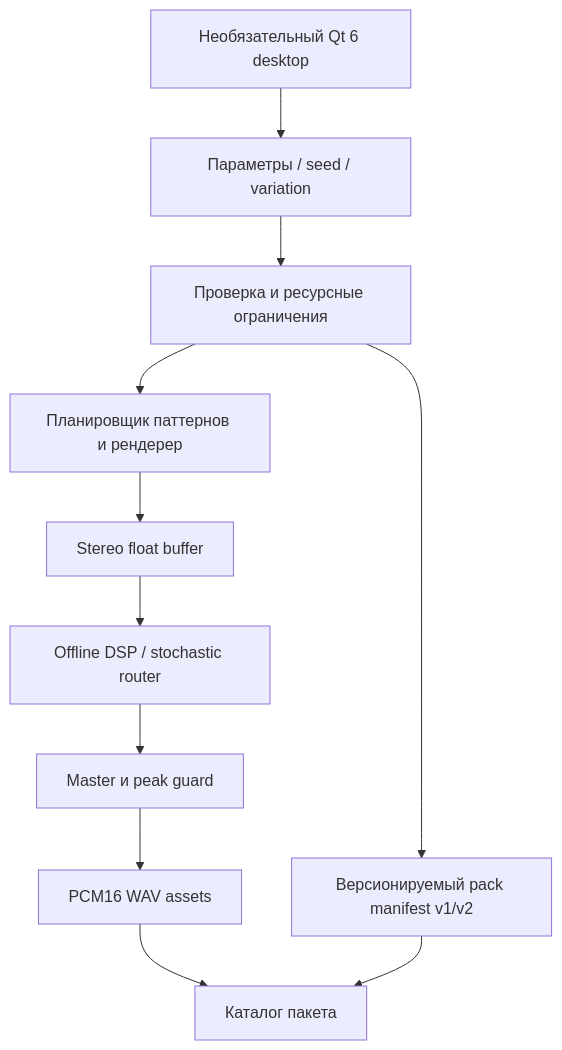
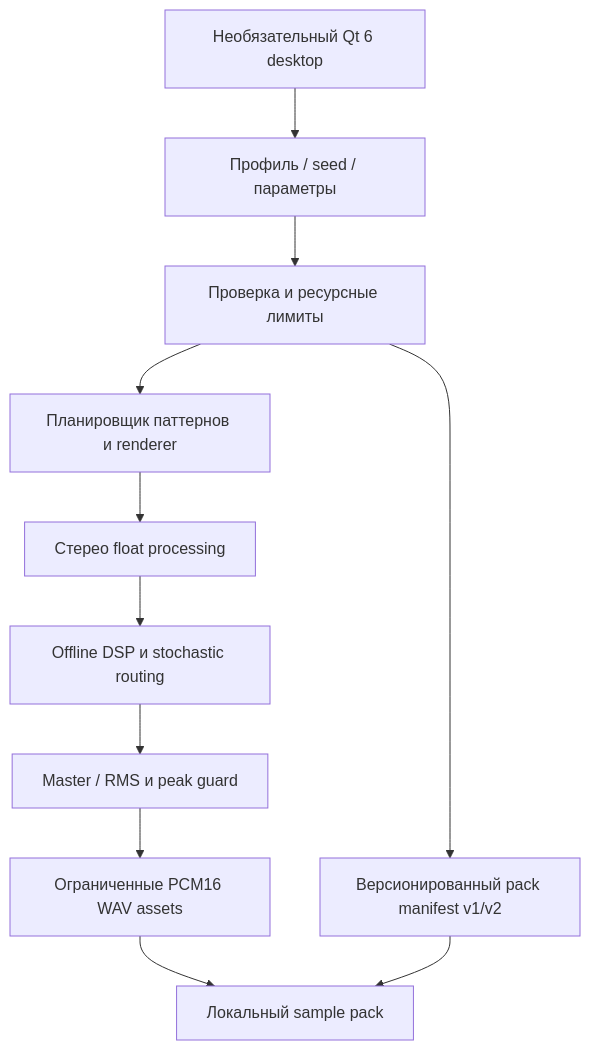
One commit to Ivan-VHS/VentuSample changed the diagram in README.ru.md. Above: the diagram before and after it, drawn with Mermaid. The commit also changed other lines of this file, not shown here.

```diff
--- a/README.ru.md
+++ b/README.ru.md
@@ -38,13 +17,13 @@
 ~~~mermaid
 flowchart TB
-  U["Параметры / seed / variation"] --> V["Проверка и ресурсные ограничения"]
-  V --> G["Планировщик паттернов и рендерер"]
-  G --> F["Stereo float buffer"]
-  F --> D["Offline DSP / stochastic router"]
-  D --> M["Master и peak guard"]
-  M --> W["PCM16 WAV assets"]
-  V --> J["Версионируемый pack manifest v1/v2"]
-  W --> P["Каталог пакета"]
+  U["Профиль / seed / параметры"] --> V["Проверка и ресурсные лимиты"]
+  V --> G["Планировщик паттернов и renderer"]
+  G --> F["Стерео float processing"]
+  F --> D["Offline DSP и stochastic routing"]
+  D --> M["Master / RMS и peak guard"]
+  M --> W["Ограниченные PCM16 WAV assets"]
+  V --> J["Версионированный pack manifest v1/v2"]
+  W --> P["Локальный sample pack"]
   J --> P
   Q["Необязательный Qt 6 desktop"] --> U
 ~~~
```
